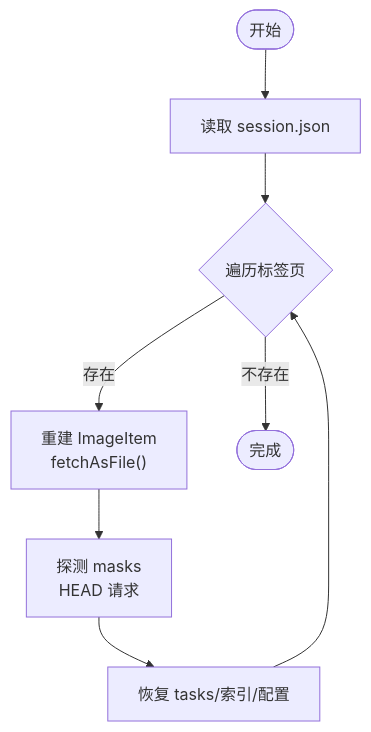
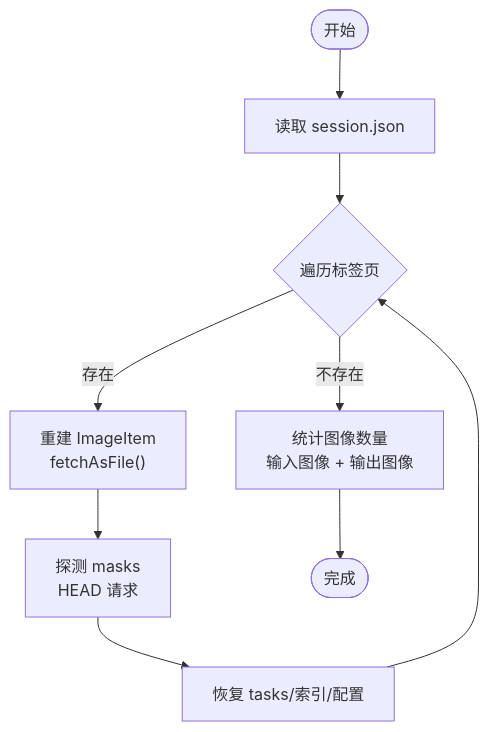
One commit to billye220670/CorineKit_Pix2Real changed the third of 9 diagrams in .qoder/repowiki/zh/content/会话管理/会话管理.md. Above: the diagram before and after it, drawn with Mermaid. The commit also changed other lines of this file and 33 other files, not shown here.

````diff
--- a/.qoder/repowiki/zh/content/会话管理/会话管理.md
+++ b/.qoder/repowiki/zh/content/会话管理/会话管理.md
@@ -153,10 +173,11 @@
 ```mermaid
 flowchart TD
 Start(["开始"]) --> Read["读取 session.json"]
 Read --> ForTabs{"遍历标签页"}
 ForTabs --> |存在| BuildImages["重建 ImageItem<br/>fetchAsFile()"]
 BuildImages --> ProbeMasks["探测 masks<br/>HEAD 请求"]
 ProbeMasks --> RestoreTasks["恢复 tasks/索引/配置"]
 RestoreTasks --> ForTabs
-ForTabs --> |不存在| Done(["完成"])
+ForTabs --> |不存在| CountImages["统计图像数量<br/>输入图像 + 输出图像"]
+CountImages --> Done(["完成"])
 ```
````
